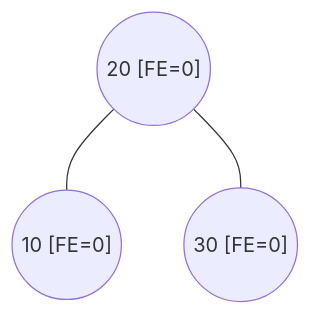
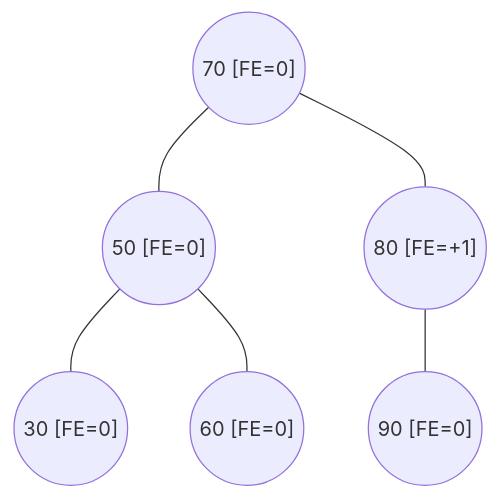
One commit to frijolitobandido/Guia_Matematica_Discreta changed diagram 23 of 34 in 03-arboles.md. Above: the diagram before and after it, drawn with Mermaid. The commit also changed other lines of this file, not shown here.

````diff
--- a/03-arboles.md
+++ b/03-arboles.md
@@ -584,5 +616,8 @@
 ```mermaid
 graph TD
-    h1(("20 [FE=0]")) --- h2(("10 [FE=0]"))
-    h1 --- h3(("30 [FE=0]"))
+    h1(("70 [FE=0]")) --- h2(("50 [FE=0]"))
+    h1 --- h3(("80 [FE=+1]"))
+    h2 --- h4(("30 [FE=0]"))
+    h2 --- h5(("60 [FE=0]"))
+    h3 --- h6(("90 [FE=0]"))
 ```
````
